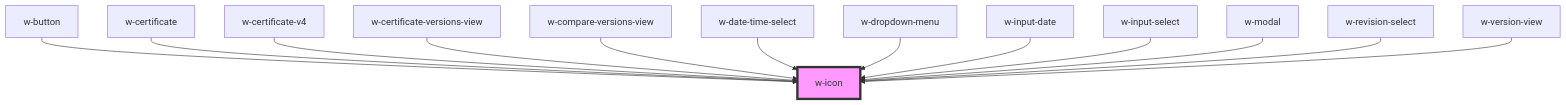
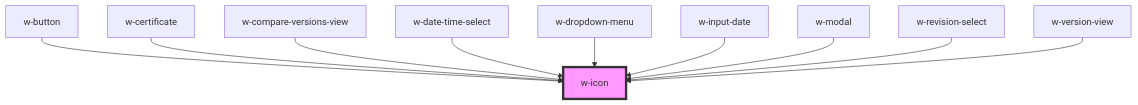
The diagram in src/components/w-icon/readme.md (wordproof/ui), drawn with Mermaid before and after one commit. The commit also changed other lines of this file and 12 other files, not shown here.

````diff
--- a/src/components/w-icon/readme.md
+++ b/src/components/w-icon/readme.md
@@ -34,16 +31,13 @@
 ```mermaid
 graph TD;
   w-button --> w-icon
   w-certificate --> w-icon
-  w-certificate-v4 --> w-icon
-  w-certificate-versions-view --> w-icon
   w-compare-versions-view --> w-icon
   w-date-time-select --> w-icon
   w-dropdown-menu --> w-icon
   w-input-date --> w-icon
-  w-input-select --> w-icon
   w-modal --> w-icon
   w-revision-select --> w-icon
   w-version-view --> w-icon
   style w-icon fill:#f9f,stroke:#333,stroke-width:4px
 ```
````
